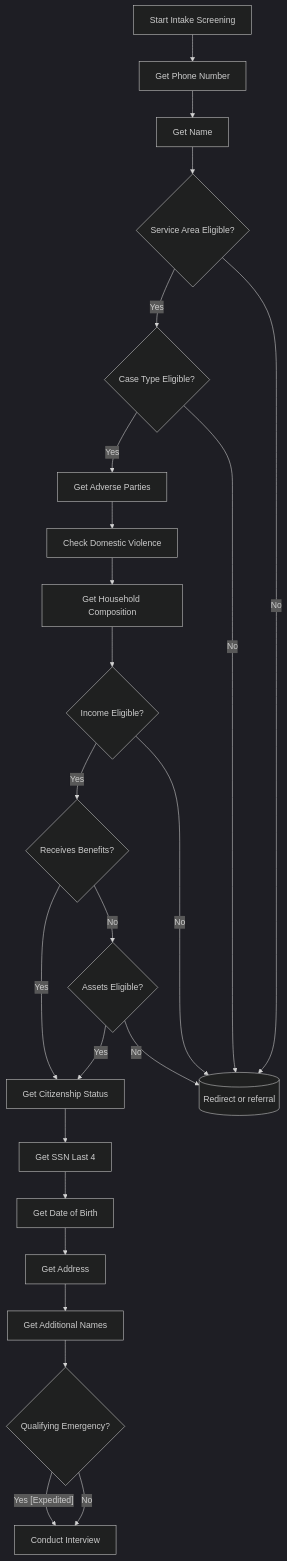
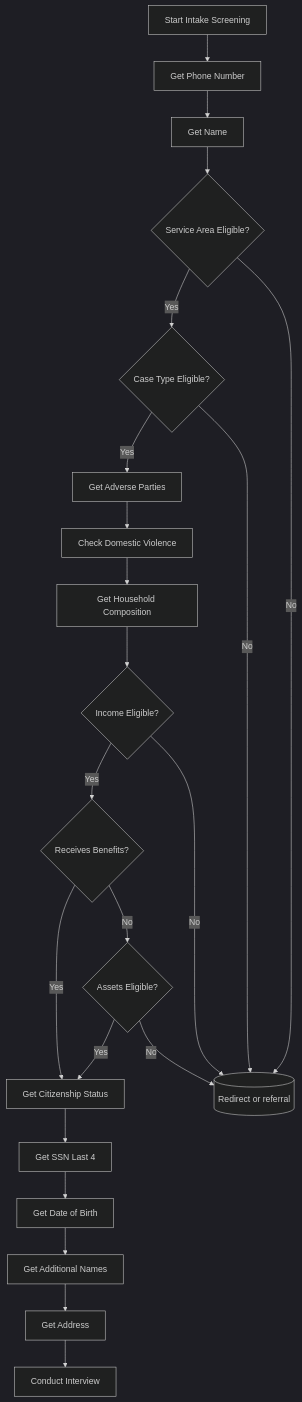
Before and after one commit to LemmaLegalConsulting/VLAS-Intake: the diagram in README.md, drawn with Mermaid (dark theme). The commit also changed 7 other files, not shown here.

````diff
--- a/README.md
+++ b/README.md
@@ -7,46 +7,43 @@
 ```mermaid
 flowchart TD
     start[Start Intake Screening]
     get_phone[Get Phone Number]
     get_name[Get Name]
     location{Service Area Eligible?}
     exit[(Redirect or referral)]
     case_type{Case Type Eligible?}
     adverse_parties[Get Adverse Parties]
     domestic_violence[Check Domestic Violence]
     household[Get Household Composition]
     check_income{Income Eligible?}
     check_benefits{Receives Benefits?}
     check_assets{Assets Eligible?}
     get_citizenship[Get Citizenship Status]
     get_ssn[Get SSN Last 4]
     get_dob[Get Date of Birth]
     get_address[Get Address]
     get_addl_names[Get Additional Names]
-    check_emergency{Qualifying Emergency?}
     conduct_interview[Conduct Interview]
 
     start --> get_phone
     get_phone --> get_name
     get_name --> location
     location -- Yes --> case_type
     location -- No --> exit
     case_type -- Yes --> adverse_parties
     case_type -- No --> exit
     adverse_parties --> domestic_violence
     domestic_violence --> household
     household --> check_income
     check_income -- Yes --> check_benefits
     check_income -- No --> exit
     check_benefits -- Yes --> get_citizenship
     check_benefits -- No --> check_assets
     check_assets -- Yes --> get_citizenship
     check_assets -- No --> exit
     get_citizenship --> get_ssn
     get_ssn --> get_dob
-    get_dob --> get_address
-    get_address --> get_addl_names
-    get_addl_names --> check_emergency
-    check_emergency -- Yes [Expedited] --> conduct_interview
-    check_emergency -- No --> conduct_interview
+    get_dob --> get_addl_names
+    get_addl_names --> get_address
+    get_address --> conduct_interview
 ```
````
